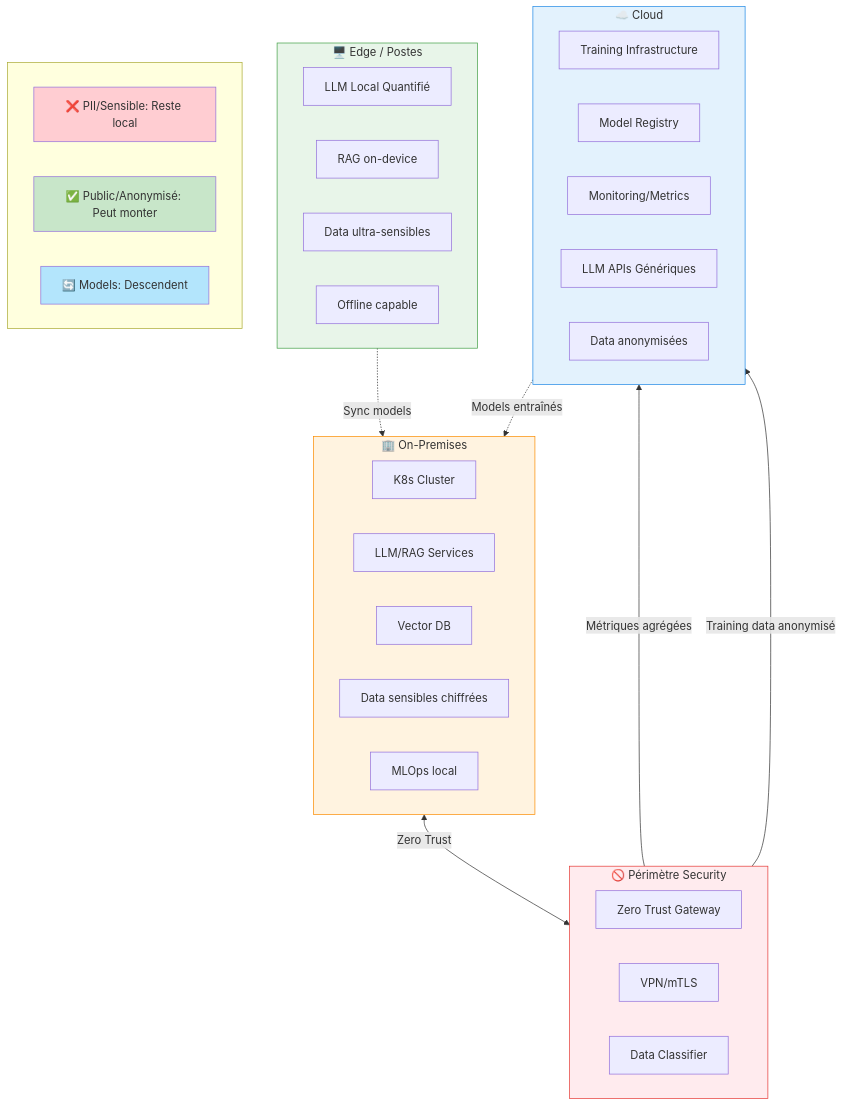
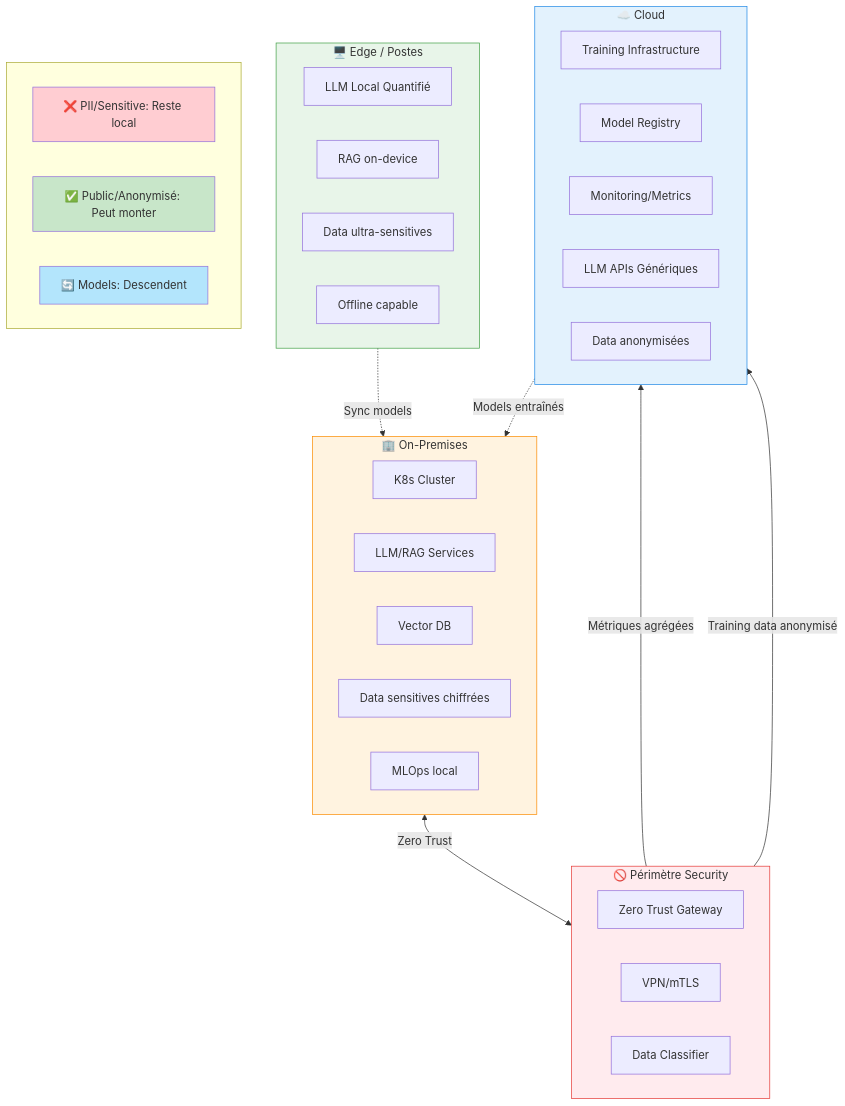
Before and after one commit to brunseba/ai-tech-watch: the diagram in docs/infrastructure/hybrid-architecture.md, drawn with Mermaid. The commit also changed other lines of this file and 24 other files, not shown here.

````diff
--- a/docs/infrastructure/hybrid-architecture.md
+++ b/docs/infrastructure/hybrid-architecture.md
@@ -8,51 +8,51 @@
 ```mermaid
 graph TB
     subgraph Edge["🖥️ Edge / Postes"]
         E1[LLM Local Quantifié]
         E2[RAG on-device]
-        E3[Data ultra-sensibles]
+        E3[Data ultra-sensitives]
         E4[Offline capable]
     end
     
     subgraph OnPrem["🏢 On-Premises"]
         O1[K8s Cluster]
         O2[LLM/RAG Services]
         O3[Vector DB]
-        O4[Data sensibles chiffrées]
+        O4[Data sensitives chiffrées]
         O5[MLOps local]
     end
     
     subgraph SecBoundary["🚫 Périmètre Security"]
         S1[Zero Trust Gateway]
         S2[VPN/mTLS]
         S3[Data Classifier]
     end
     
     subgraph Cloud["☁️ Cloud"]
         C1[Training Infrastructure]
         C2[Model Registry]
         C3[Monitoring/Metrics]
         C4[LLM APIs Génériques]
         C5[Data anonymisées]
     end
     
     Edge -.->|Sync models| OnPrem
     OnPrem <-->|Zero Trust| SecBoundary
     SecBoundary -->|Métriques agrégées| Cloud
     SecBoundary -->|Training data anonymisé| Cloud
     Cloud -.->|Models entraînés| OnPrem
     
     subgraph DataFlow[" "]
-        DF1[❌ PII/Sensible: Reste local]
+        DF1[❌ PII/Sensitive: Reste local]
         DF2[✅ Public/Anonymisé: Peut monter]
         DF3[🔄 Models: Descendent]
     end
     
     style Edge fill:#e8f5e9,stroke:#43a047
     style OnPrem fill:#fff3e0,stroke:#fb8c00
     style SecBoundary fill:#ffebee,stroke:#e53935
     style Cloud fill:#e3f2fd,stroke:#1e88e5
     style DF1 fill:#ffcdd2
     style DF2 fill:#c8e6c9
     style DF3 fill:#b3e5fc
 ```
````
